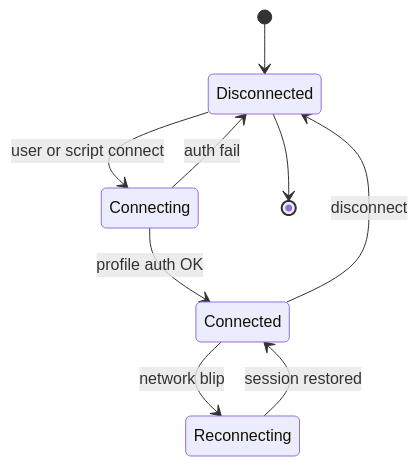
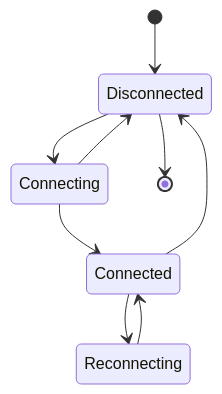
Before and after one commit to roto31/Tunnel-Monitor---Universal: the second of 4 diagrams in docs/vpn-solutions/cisco-anyconnect.md, drawn with Mermaid. The commit also changed other lines of this file and 22 other files, not shown here.

````diff
--- a/docs/vpn-solutions/cisco-anyconnect.md
+++ b/docs/vpn-solutions/cisco-anyconnect.md
@@ -44,11 +31,11 @@
 ```mermaid
 stateDiagram-v2
     [*] --> Disconnected
-    Disconnected --> Connecting: user or script connect
-    Connecting --> Connected: profile auth OK
-    Connecting --> Disconnected: auth fail
-    Connected --> Reconnecting: network blip
-    Reconnecting --> Connected: session restored
-    Connected --> Disconnected: disconnect
+    Disconnected --> Connecting
+    Connecting --> Connected
+    Connecting --> Disconnected
+    Connected --> Reconnecting
+    Reconnecting --> Connected
+    Connected --> Disconnected
     Disconnected --> [*]
 ```
````
